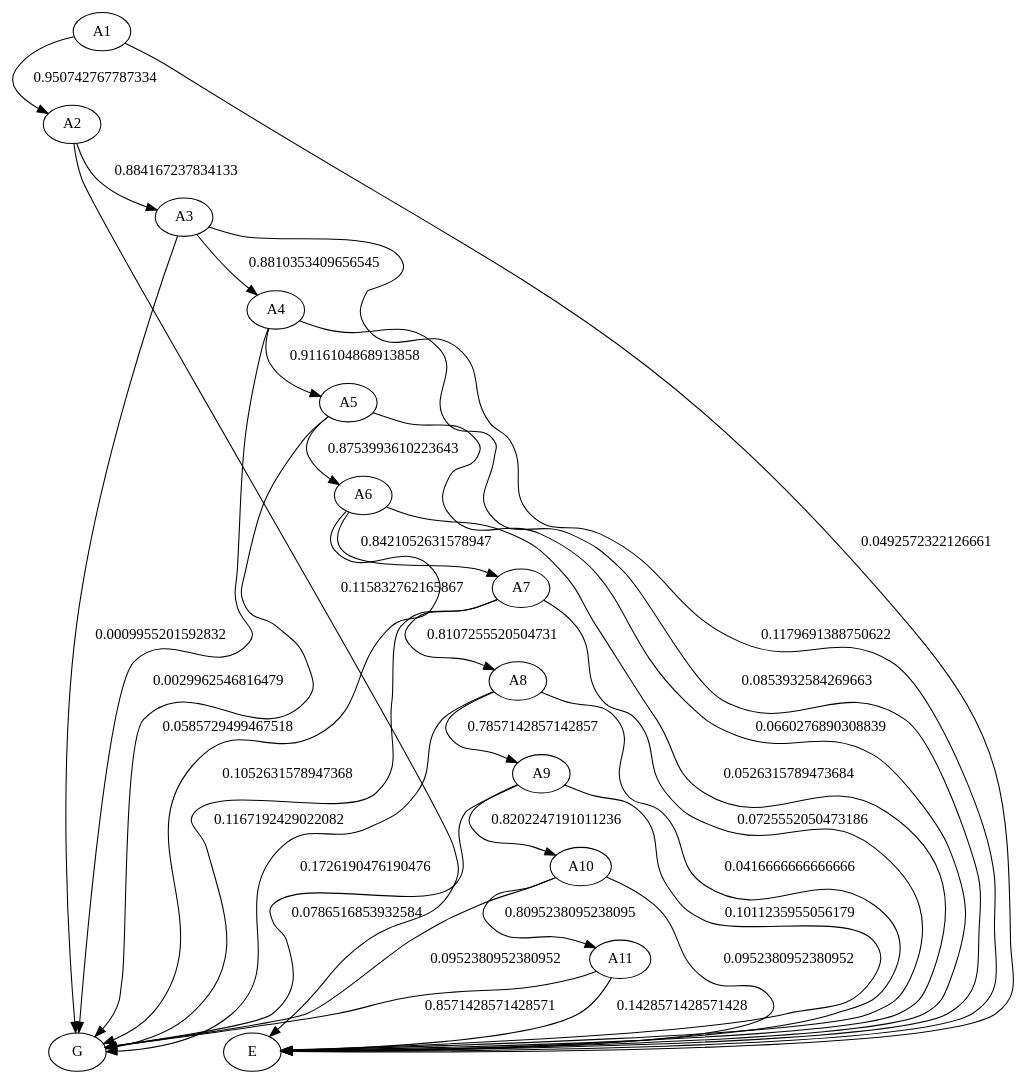
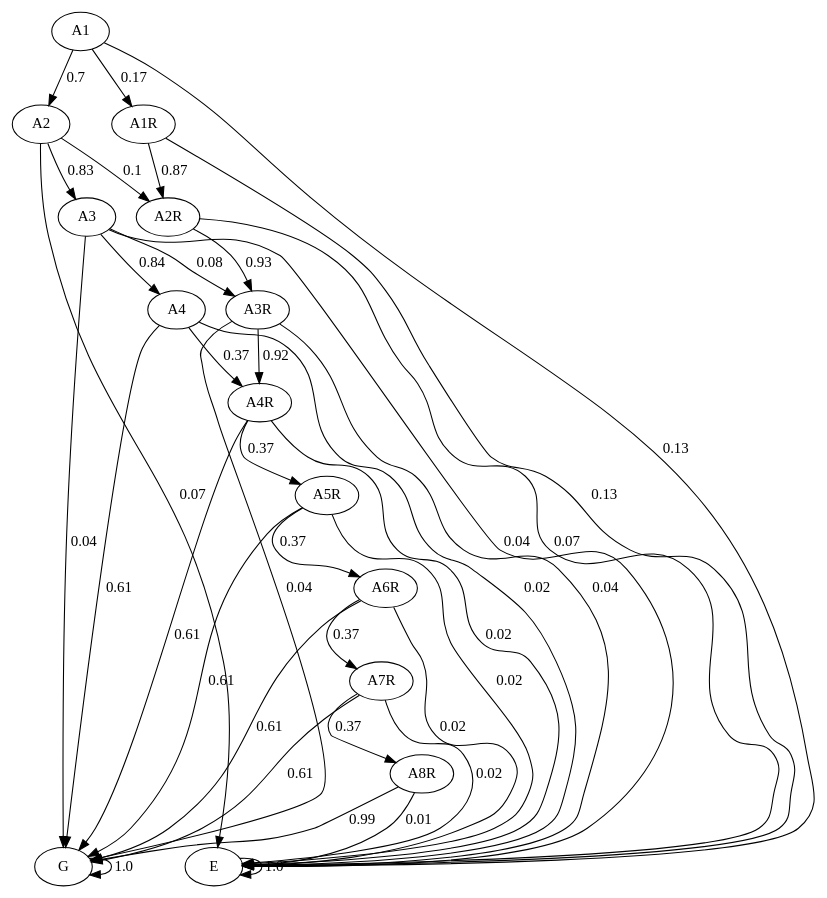
One commit to JulianaFerreira/educacao changed the diagram in graph/markov.dot. Above: the diagram before and after it, drawn with Graphviz. The commit also changed 6 other files, not shown here.

```diff
--- a/graph/markov.dot
+++ b/graph/markov.dot
@@ -1,45 +1,52 @@
 digraph  {
 A1;
 A2;
 A3;
 A4;
-A5;
-A6;
-A7;
-A8;
-A9;
-A10;
-A11;
+A1R;
+A2R;
+A3R;
+A4R;
+A5R;
+A6R;
+A7R;
+A8R;
 G;
 E;
-A1 -> A2  [key=0, label="0.950742767787334", weight="0.950742767787334"];
-A1 -> E  [key=0, label="0.0492572322126661", weight="0.0492572322126661"];
-A2 -> A3  [key=0, label="0.884167237834133", weight="0.884167237834133"];
-A2 -> E  [key=0, label="0.115832762165867", weight="0.115832762165867"];
-A3 -> A4  [key=0, label="0.8810353409656545", weight="0.8810353409656545"];
-A3 -> G  [key=0, label="0.0009955201592832", weight="0.0009955201592832"];
-A3 -> E  [key=0, label="0.1179691388750622", weight="0.1179691388750622"];
-A4 -> A5  [key=0, label="0.9116104868913858", weight="0.9116104868913858"];
-A4 -> G  [key=0, label="0.0029962546816479", weight="0.0029962546816479"];
-A4 -> E  [key=0, label="0.0853932584269663", weight="0.0853932584269663"];
-A5 -> A6  [key=0, label="0.8753993610223643", weight="0.8753993610223643"];
-A5 -> G  [key=0, label="0.0585729499467518", weight="0.0585729499467518"];
-A5 -> E  [key=0, label="0.0660276890308839", weight="0.0660276890308839"];
-A6 -> A7  [key=0, label="0.8421052631578947", weight="0.8421052631578947"];
-A6 -> G  [key=0, label="0.1052631578947368", weight="0.1052631578947368"];
-A6 -> E  [key=0, label="0.0526315789473684", weight="0.0526315789473684"];
-A7 -> A8  [key=0, label="0.8107255520504731", weight="0.8107255520504731"];
-A7 -> G  [key=0, label="0.1167192429022082", weight="0.1167192429022082"];
-A7 -> E  [key=0, label="0.0725552050473186", weight="0.0725552050473186"];
-A8 -> A9  [key=0, label="0.7857142857142857", weight="0.7857142857142857"];
-A8 -> G  [key=0, label="0.1726190476190476", weight="0.1726190476190476"];
-A8 -> E  [key=0, label="0.0416666666666666", weight="0.0416666666666666"];
-A9 -> A10  [key=0, label="0.8202247191011236", weight="0.8202247191011236"];
-A9 -> G  [key=0, label="0.0786516853932584", weight="0.0786516853932584"];
-A9 -> E  [key=0, label="0.1011235955056179", weight="0.1011235955056179"];
-A10 -> A11  [key=0, label="0.8095238095238095", weight="0.8095238095238095"];
-A10 -> G  [key=0, label="0.0952380952380952", weight="0.0952380952380952"];
-A10 -> E  [key=0, label="0.0952380952380952", weight="0.0952380952380952"];
-A11 -> G  [key=0, label="0.8571428571428571", weight="0.8571428571428571"];
-A11 -> E  [key=0, label="0.1428571428571428", weight="0.1428571428571428"];
+A1 -> A2  [key=0, label="0.7", weight="0.7"];
+A1 -> A1R  [key=0, label="0.17", weight="0.17"];
+A1 -> E  [key=0, label="0.13", weight="0.13"];
+A2 -> A3  [key=0, label="0.83", weight="0.83"];
+A2 -> A2R  [key=0, label="0.1", weight="0.1"];
+A2 -> E  [key=0, label="0.07", weight="0.07"];
+A3 -> A4  [key=0, label="0.84", weight="0.84"];
+A3 -> A3R  [key=0, label="0.08", weight="0.08"];
+A3 -> G  [key=0, label="0.04", weight="0.04"];
+A3 -> E  [key=0, label="0.04", weight="0.04"];
+A4 -> A4R  [key=0, label="0.37", weight="0.37"];
+A4 -> G  [key=0, label="0.61", weight="0.61"];
+A4 -> E  [key=0, label="0.02", weight="0.02"];
+A1R -> A2R  [key=0, label="0.87", weight="0.87"];
+A1R -> E  [key=0, label="0.13", weight="0.13"];
+A2R -> A3R  [key=0, label="0.93", weight="0.93"];
+A2R -> E  [key=0, label="0.07", weight="0.07"];
+A3R -> A4R  [key=0, label="0.92", weight="0.92"];
+A3R -> G  [key=0, label="0.04", weight="0.04"];
+A3R -> E  [key=0, label="0.04", weight="0.04"];
+A4R -> A5R  [key=0, label="0.37", weight="0.37"];
+A4R -> G  [key=0, label="0.61", weight="0.61"];
+A4R -> E  [key=0, label="0.02", weight="0.02"];
+A5R -> A6R  [key=0, label="0.37", weight="0.37"];
+A5R -> G  [key=0, label="0.61", weight="0.61"];
+A5R -> E  [key=0, label="0.02", weight="0.02"];
+A6R -> A7R  [key=0, label="0.37", weight="0.37"];
+A6R -> G  [key=0, label="0.61", weight="0.61"];
+A6R -> E  [key=0, label="0.02", weight="0.02"];
+A7R -> A8R  [key=0, label="0.37", weight="0.37"];
+A7R -> G  [key=0, label="0.61", weight="0.61"];
+A7R -> E  [key=0, label="0.02", weight="0.02"];
+A8R -> G  [key=0, label="0.99", weight="0.99"];
+A8R -> E  [key=0, label="0.01", weight="0.01"];
+G -> G  [key=0, label="1.0", weight="1.0"];
+E -> E  [key=0, label="1.0", weight="1.0"];
 }
```
